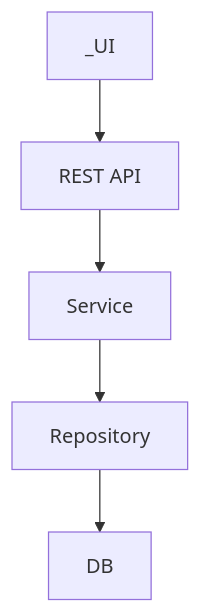
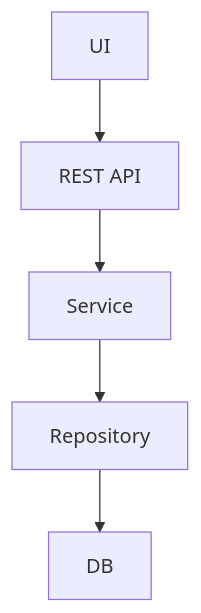
One commit to stein2nd/s2j-media-library-date-corrector changed the second of 3 diagrams in docs/architecture.md. Above: the diagram before and after it, drawn with Mermaid. The commit also changed other lines of this file, not shown here.

````diff
--- a/docs/architecture.md
+++ b/docs/architecture.md
@@ -156,7 +242,7 @@
 ```mermaid
 flowchart TD
-  A["_UI"] --> B["REST API"]
+  A["UI"] --> B["REST API"]
   B --> C["Service"]
   C --> D["Repository"]
   D --> E["DB"]
 ```
````
